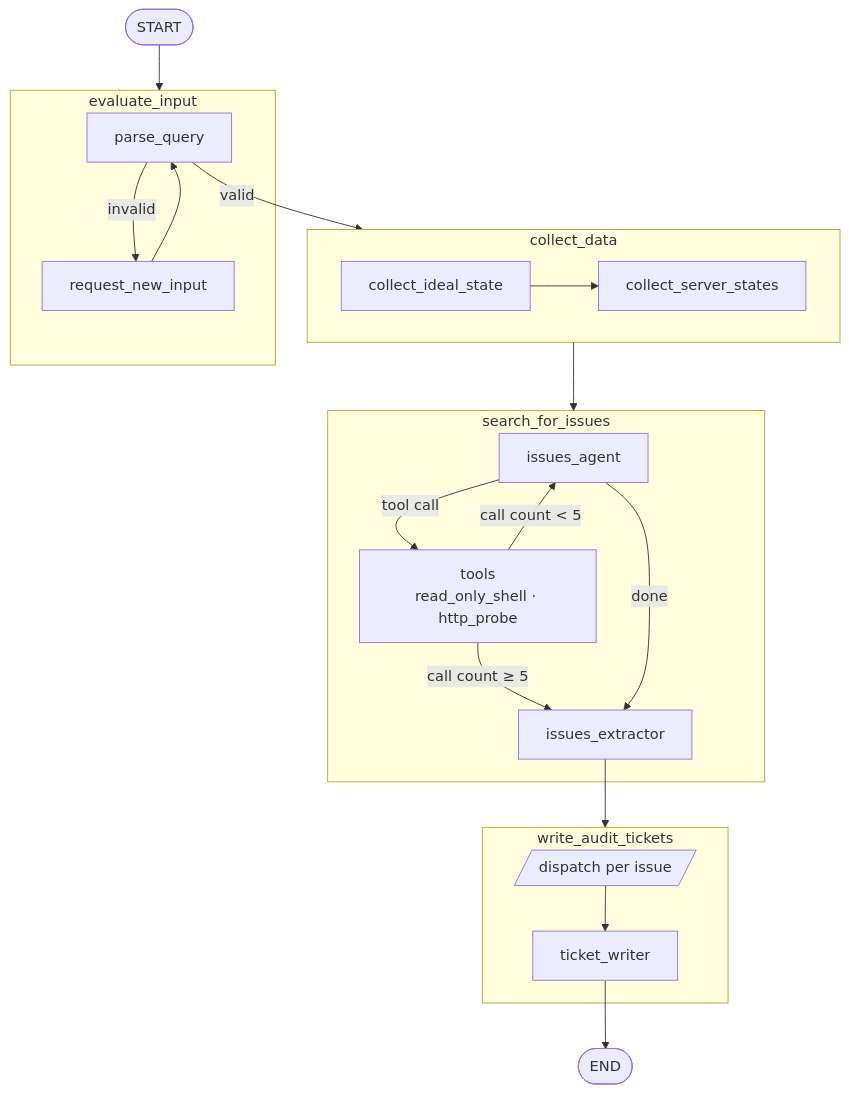
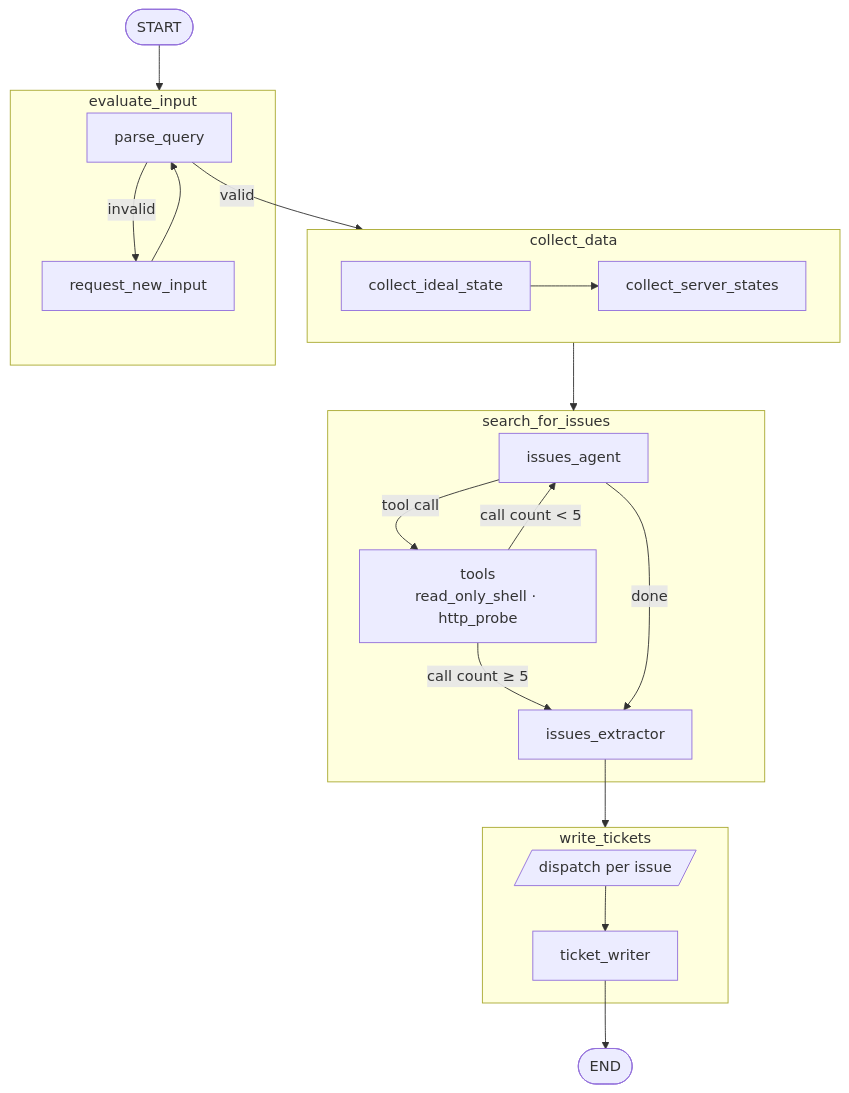
The second of 2 diagrams in README.md (RyanJones8538/Server-Ticket-Generator), drawn with Mermaid before and after one commit. The commit also changed other lines of this file and 7 other files, not shown here.

````diff
--- a/README.md
+++ b/README.md
@@ -94,38 +94,38 @@
 ```mermaid
 flowchart TD
     START([START])
     END1([END])
 
     subgraph EI["evaluate_input"]
         EI1[parse_query]
         EI2[request_new_input]
 
         EI1 -->|invalid| EI2
         EI2 --> EI1
     end
 
     subgraph COLLECT["collect_data"]
         C1[collect_ideal_state] --> C2[collect_server_states]
     end
 
     subgraph SEARCH["search_for_issues"]
         S1[issues_agent]
         S2["tools\nread_only_shell · http_probe"]
         S3[issues_extractor]
 
         S1 -->|tool call| S2
         S2 -->|"call count < 5"| S1
         S2 -->|"call count ≥ 5"| S3
         S1 -->|done| S3
     end
 
-    subgraph WRITE["write_audit_tickets"]
+    subgraph WRITE["write_tickets"]
         W_DISPATCH[/"dispatch per issue"/] --> W1[ticket_writer]
     end
 
     START --> EI
     EI1 -->|valid| COLLECT
     COLLECT --> SEARCH
     S3 --> WRITE
     W1 --> END1
 ```
````
